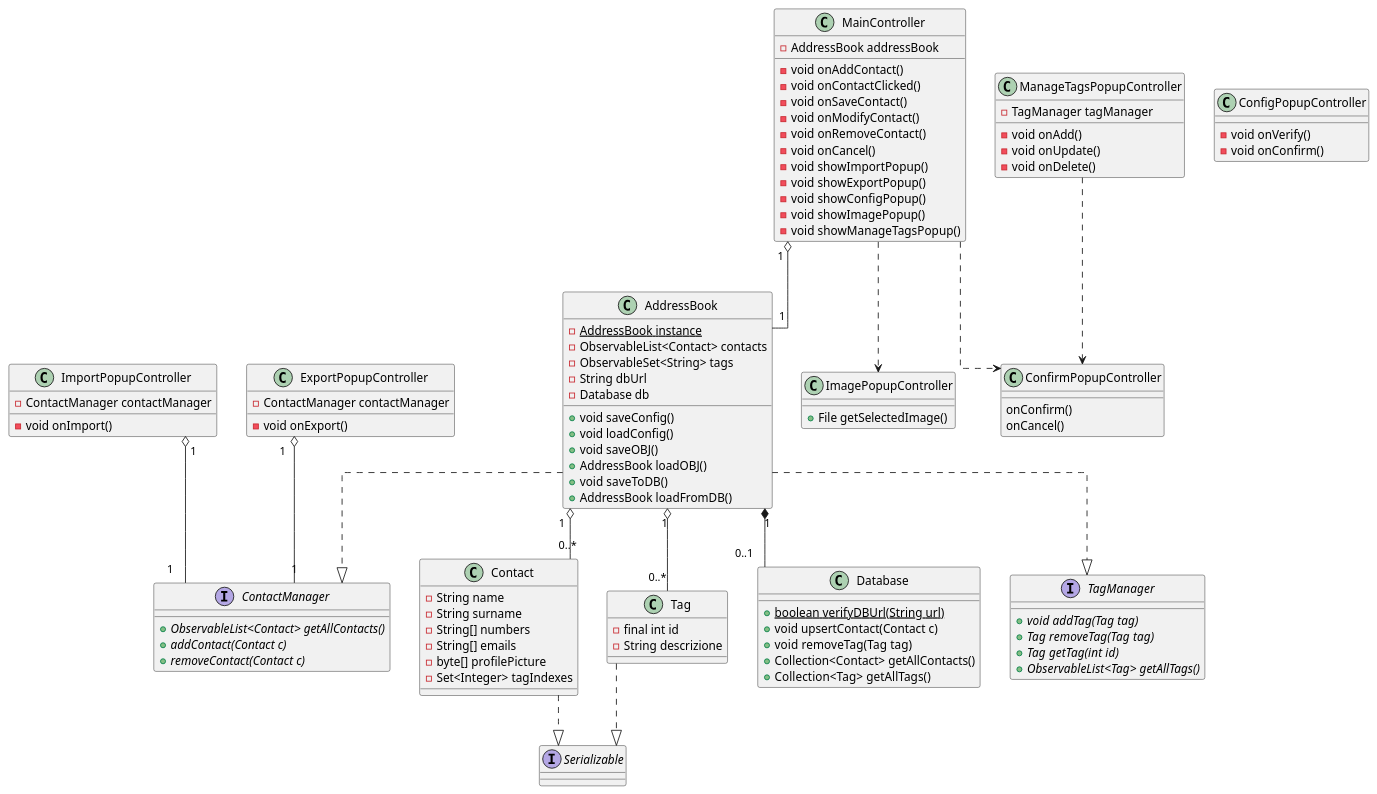
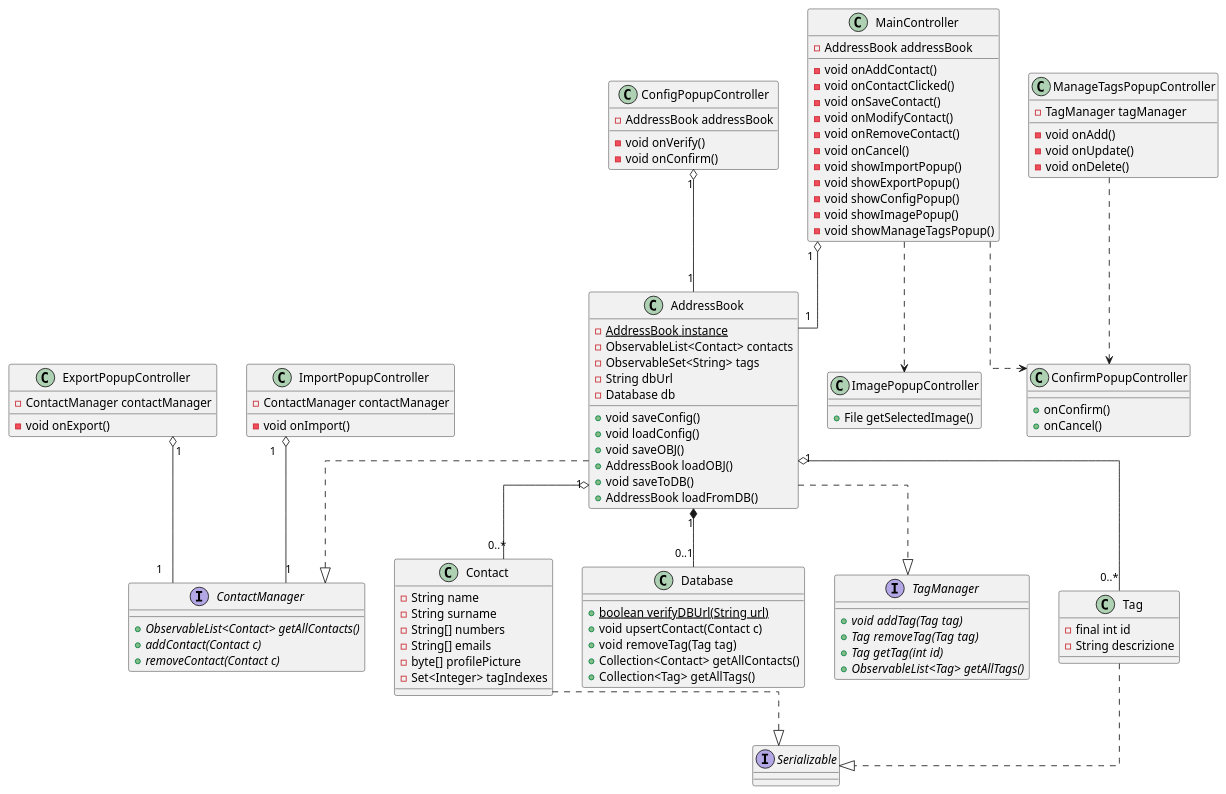
One commit to savaava/ProgettoRubrica changed the diagram in documenti/diagrammi di classe/puml/diagrammaClassiEssenziale.puml. Above: the diagram before and after it, drawn with PlantUML. The commit also changed 3 other files, not shown here.

Commit message:
update diagrammi classi

```diff
--- a/documenti/diagrammi di classe/puml/diagrammaClassiEssenziale.puml
+++ b/documenti/diagrammi di classe/puml/diagrammaClassiEssenziale.puml
@@ -1,128 +1,132 @@
-@startuml DiagrammaDelleClassiEssenziale
+@startuml DiagrammaClassiEssenziale
 skinparam linetype ortho
 'left to right direction
 
 
 '****************** CLASSI ******************
 class Contact {
     - String name 
     - String surname 
     - String[] numbers
     - String[] emails
     - byte[] profilePicture
     - Set<Integer> tagIndexes  
 }
 
 class AddressBook {
     - {static} AddressBook instance
     - ObservableList<Contact> contacts
     - ObservableSet<String> tags
     - String dbUrl
     - Database db
 
     + void saveConfig()
     + void loadConfig()
     + void saveOBJ()
     + AddressBook loadOBJ()
     + void saveToDB()
     + AddressBook loadFromDB()    
 }
 
 class MainController {
     - AddressBook addressBook
 
     - void onAddContact()
     - void onContactClicked()
     - void onSaveContact()
     - void onModifyContact()
     - void onRemoveContact()
     - void onCancel()
     - void showImportPopup()
     - void showExportPopup()
     - void showConfigPopup()
     - void showImagePopup()
     - void showManageTagsPopup()
 }
 
 class ImportPopupController {
     - ContactManager contactManager
     - void onImport()
 }
 
 class ExportPopupController {
     - ContactManager contactManager
     - void onExport()
 }
 
 class ManageTagsPopupController {
     - TagManager tagManager
     - void onAdd()
     - void onUpdate()
     - void onDelete()
 }
 
 class ImagePopupController {
     + File getSelectedImage()
 }
 
 class ConfirmPopupController {
-    onConfirm()
-    onCancel()
+    + onConfirm()
+    + onCancel()
 }
 
 class ConfigPopupController {
+    - AddressBook addressBook
+
     - void onVerify()
     - void onConfirm()
 }
 
 class Tag {
     - final int id
     - String descrizione
 }
 
 class Database {
     + {static} boolean verifyDBUrl(String url)
     + void upsertContact(Contact c)
     + void removeTag(Tag tag)
     + Collection<Contact> getAllContacts()
     + Collection<Tag> getAllTags()
 } 
 
 '****************** INTERFACCE ******************
 interface Serializable
 
 interface TagManager {
     +{abstract} void addTag(Tag tag)
     +{abstract} Tag removeTag(Tag tag)
     +{abstract} Tag getTag(int id)
     +{abstract} ObservableList<Tag> getAllTags()
 }
 
 interface ContactManager {
     +{abstract} ObservableList<Contact> getAllContacts()
     +{abstract} addContact(Contact c)
     +{abstract} removeContact(Contact c)
 }
 
 '****************** RELAZIONI ******************
 Contact ..|> Serializable
 
 Tag ..|> Serializable
 
 AddressBook "1" o-- "0..*" Contact
 AddressBook "1" *-- "0..1" Database
 AddressBook "1" o-- "0..*" Tag
 AddressBook ..|> TagManager
 AddressBook ..|> ContactManager
 
 MainController "1" o-- "1" AddressBook
 MainController ..> ImagePopupController
 MainController ..> ConfirmPopupController
 
 ManageTagsPopupController ..> ConfirmPopupController
 
 ExportPopupController "1" o-- "1" ContactManager
 
 ImportPopupController "1" o-- "1" ContactManager
 
+ConfigPopupController "1" o-- "1" AddressBook
+
 @enduml
```
